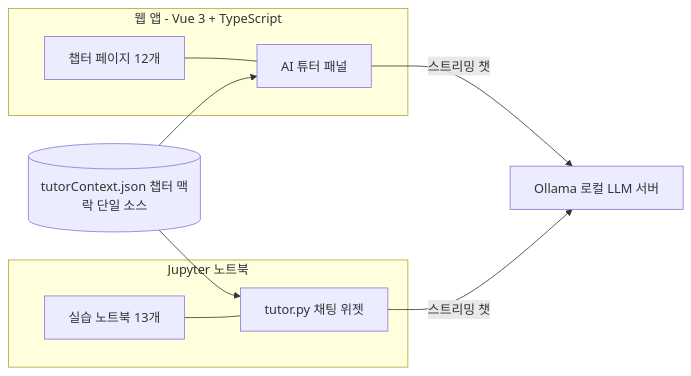
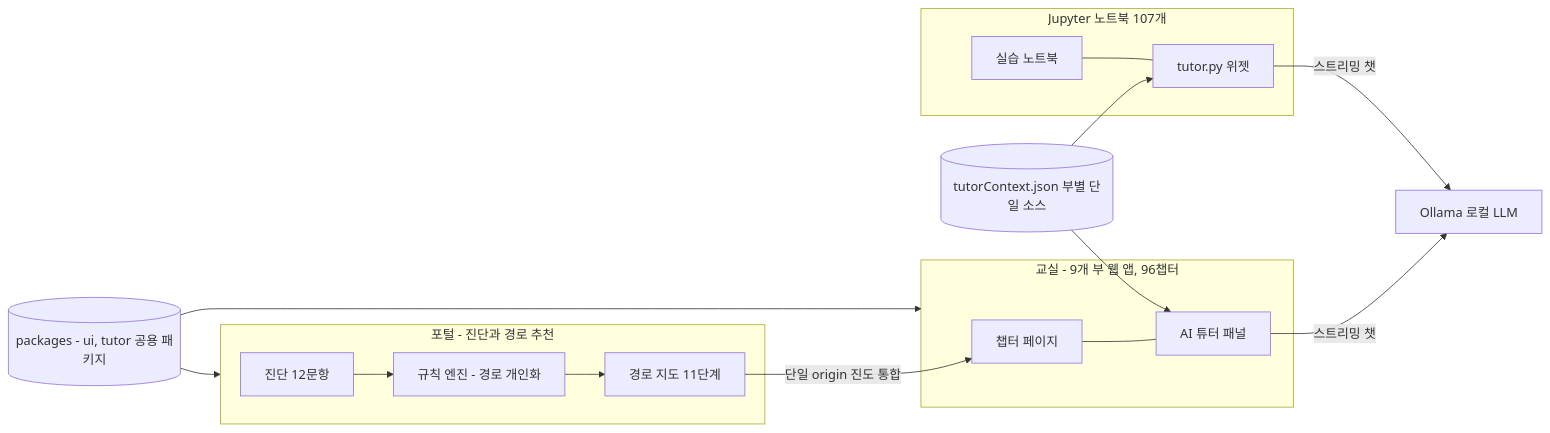
The diagram in docs/hackathon/10_spec.md (jiyupapa/math-platform), drawn with Mermaid before and after one commit. The commit also changed other lines of this file and 3 other files, not shown here.

````diff
--- a/docs/hackathon/10_spec.md
+++ b/docs/hackathon/10_spec.md
@@ -58,13 +81,20 @@
 ```mermaid
 flowchart LR
-    subgraph WEB["웹 앱 - Vue 3 + TypeScript"]
-        CH[챕터 페이지 12개] --- TC[AI 튜터 패널]
+    subgraph PORTAL[포털 - 진단과 경로 추천]
+        DG[진단 12문항] --> RE[규칙 엔진 - 경로 개인화]
+        RE --> MAP[경로 지도 11단계]
     end
-    subgraph NB["Jupyter 노트북"]
-        IPY[실습 노트북 13개] --- TP[tutor.py 채팅 위젯]
+    subgraph PARTS[교실 - 9개 부 웹 앱, 96챕터]
+        CH[챕터 페이지] --- TC[AI 튜터 패널]
     end
-    CTX[(tutorContext.json 챕터 맥락 단일 소스)] --> TC
+    subgraph NB[Jupyter 노트북 107개]
+        IPY[실습 노트북] --- TP[tutor.py 위젯]
+    end
+    UI[(packages - ui, tutor 공용 패키지)] --> PARTS
+    UI --> PORTAL
+    MAP -->|단일 origin 진도 통합| CH
+    CTX[(tutorContext.json 부별 단일 소스)] --> TC
     CTX --> TP
-    TC -->|스트리밍 챗| OL[Ollama 로컬 LLM 서버]
+    TC -->|스트리밍 챗| OL[Ollama 로컬 LLM]
     TP -->|스트리밍 챗| OL
 ```
````
